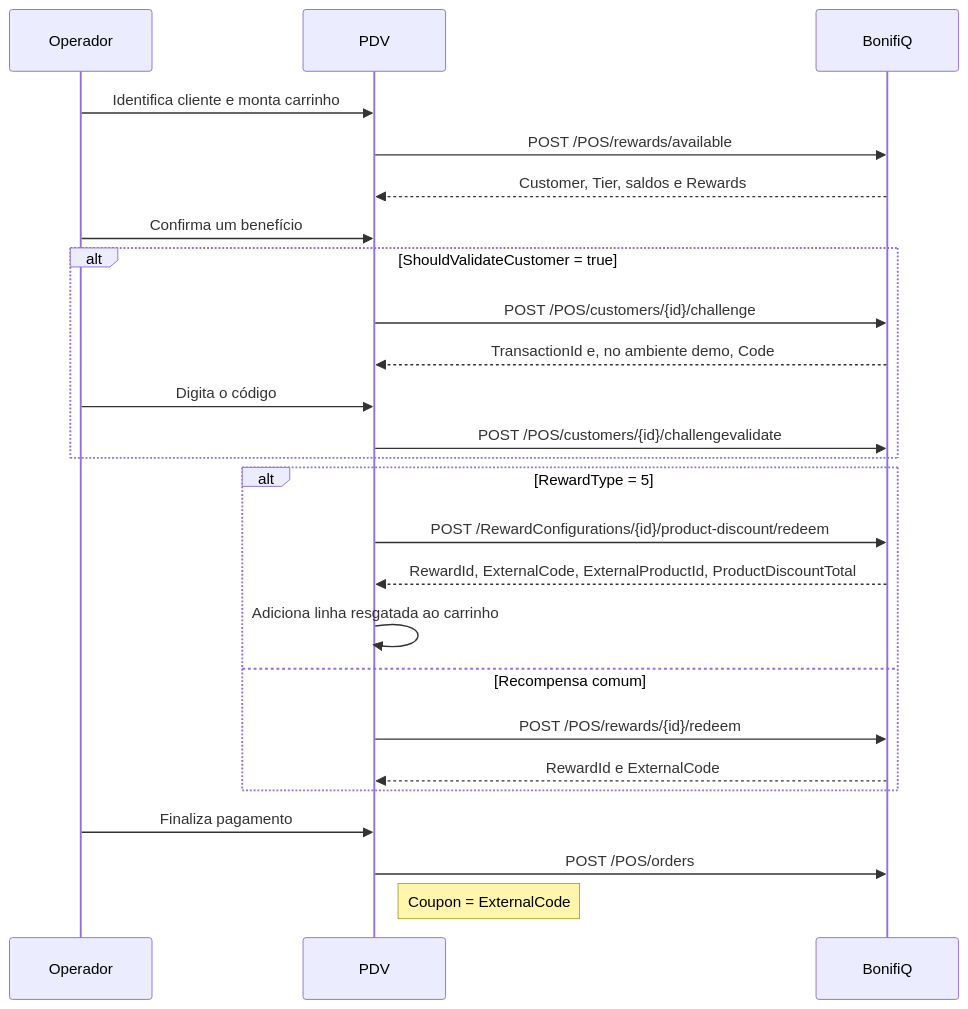
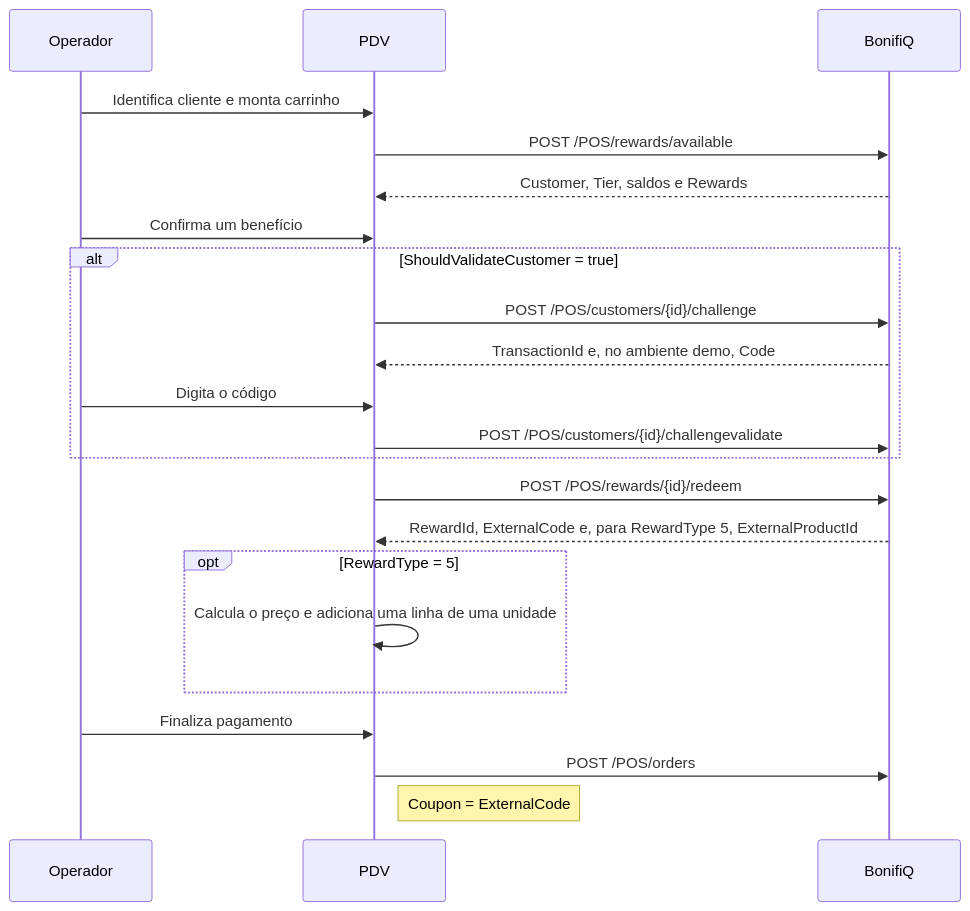
One commit to bonifiq/pdv-bonifiqintegration-example changed the diagram in docs/fluxo.md. Above: the diagram before and after it, drawn with Mermaid. The commit also changed other lines of this file and 23 other files, not shown here.

Commit message:
Unify POS reward redemption endpoint and product discount flow

````diff
--- a/docs/fluxo.md
+++ b/docs/fluxo.md
@@ -5,27 +5,24 @@
 ```mermaid
 sequenceDiagram
     participant Operador
     participant PDV
     participant BonifiQ
     Operador->>PDV: Identifica cliente e monta carrinho
     PDV->>BonifiQ: POST /POS/rewards/available
     BonifiQ-->>PDV: Customer, Tier, saldos e Rewards
     Operador->>PDV: Confirma um benefício
     alt ShouldValidateCustomer = true
         PDV->>BonifiQ: POST /POS/customers/{id}/challenge
         BonifiQ-->>PDV: TransactionId e, no ambiente demo, Code
         Operador->>PDV: Digita o código
         PDV->>BonifiQ: POST /POS/customers/{id}/challengevalidate
     end
-    alt RewardType = 5
-        PDV->>BonifiQ: POST /RewardConfigurations/{id}/product-discount/redeem
-        BonifiQ-->>PDV: RewardId, ExternalCode, ExternalProductId, ProductDiscountTotal
-        PDV->>PDV: Adiciona linha resgatada ao carrinho
-    else Recompensa comum
-        PDV->>BonifiQ: POST /POS/rewards/{id}/redeem
-        BonifiQ-->>PDV: RewardId e ExternalCode
+    PDV->>BonifiQ: POST /POS/rewards/{id}/redeem
+    BonifiQ-->>PDV: RewardId, ExternalCode e, para RewardType 5, ExternalProductId
+    opt RewardType = 5
+        PDV->>PDV: Calcula o preço e adiciona uma linha de uma unidade
     end
     Operador->>PDV: Finaliza pagamento
     PDV->>BonifiQ: POST /POS/orders
     Note right of PDV: Coupon = ExternalCode
 ```
````
